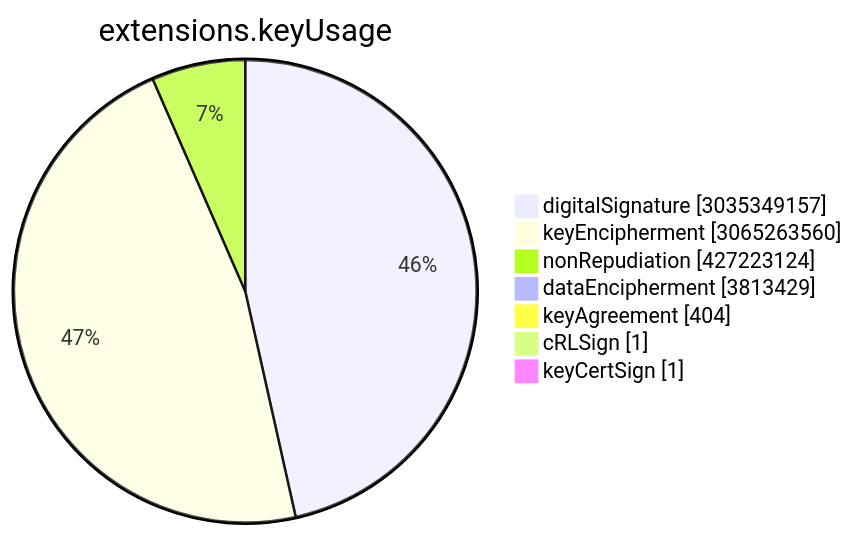
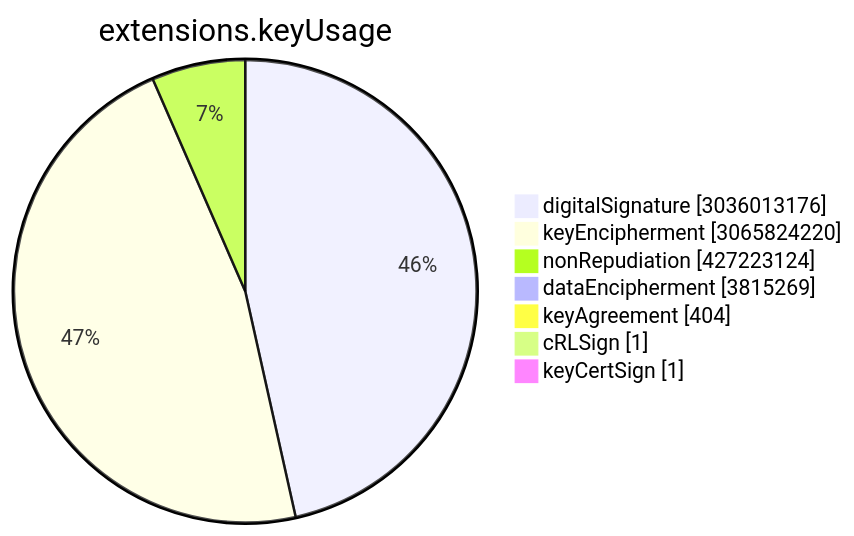
Before and after one commit to christiankrug/ctmonitor_visualization: the sixth of 15 diagrams in TOTAL/README.md, drawn with Mermaid. The commit also changed other lines of this file, not shown here.

````diff
--- a/TOTAL/README.md
+++ b/TOTAL/README.md
@@ -3077,11 +3077,11 @@
 ```mermaid
 pie showData
 title extensions.keyUsage
-"digitalSignature" :3035349157
-"keyEncipherment" :3065263560
+"digitalSignature" :3036013176
+"keyEncipherment" :3065824220
 "nonRepudiation" :427223124
-"dataEncipherment" :3813429
+"dataEncipherment" :3815269
 "keyAgreement" :404
 "cRLSign" :1
 "keyCertSign" :1
 ```
````
